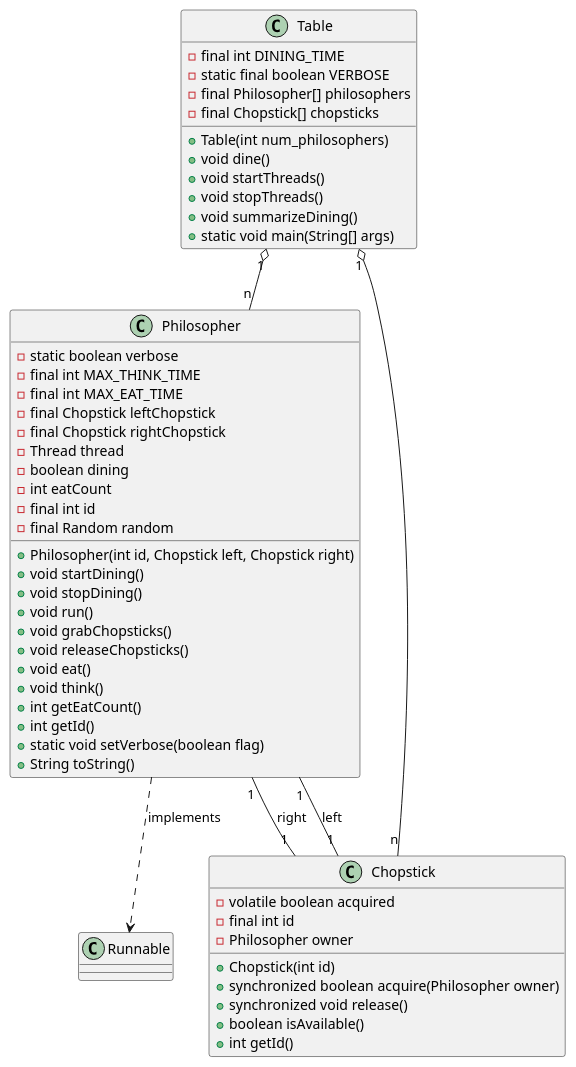
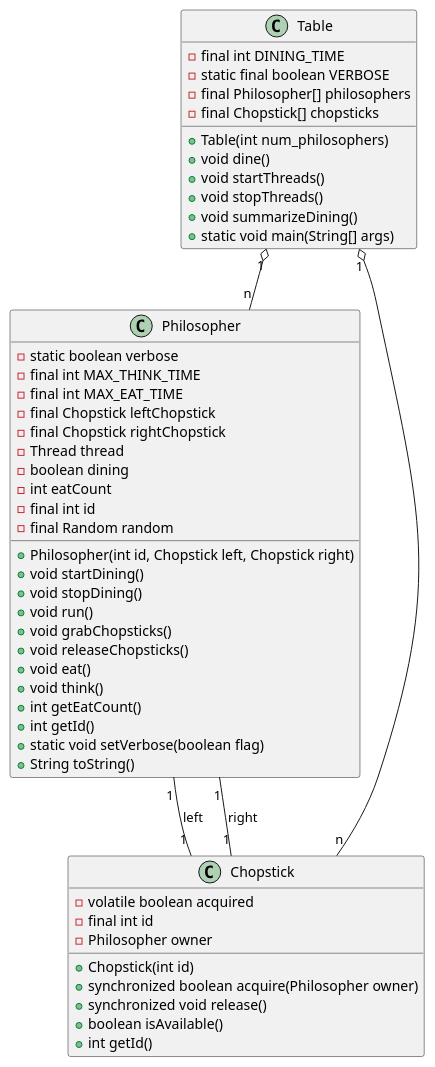
Before and after one commit to codegard4/DiningPhilosophers: the diagram in UML_Diagram.puml, drawn with PlantUML.

```diff
--- a/UML_Diagram.puml
+++ b/UML_Diagram.puml
@@ -1,57 +1,56 @@
 @startuml
 
 class Table {
     - final int DINING_TIME
     - static final boolean VERBOSE
     - final Philosopher[] philosophers
     - final Chopstick[] chopsticks
     + Table(int num_philosophers)
     + void dine()
     + void startThreads()
     + void stopThreads()
     + void summarizeDining()
     + static void main(String[] args)
 }
 
 class Philosopher {
     - static boolean verbose
     - final int MAX_THINK_TIME
     - final int MAX_EAT_TIME
     - final Chopstick leftChopstick
     - final Chopstick rightChopstick
     - Thread thread
     - boolean dining
     - int eatCount
     - final int id
     - final Random random
     + Philosopher(int id, Chopstick left, Chopstick right)
     + void startDining()
     + void stopDining()
     + void run()
     + void grabChopsticks()
     + void releaseChopsticks()
     + void eat()
     + void think()
     + int getEatCount()
     + int getId()
     + static void setVerbose(boolean flag)
     + String toString()
 }
 
 class Chopstick {
     - volatile boolean acquired
     - final int id
     - Philosopher owner
     + Chopstick(int id)
     + synchronized boolean acquire(Philosopher owner)
     + synchronized void release()
     + boolean isAvailable()
     + int getId()
 }
 
 Table "1" o-- "n" Philosopher
 Table "1" o-- "n" Chopstick
 Philosopher "1" -- "1" Chopstick : left
 Philosopher "1" -- "1" Chopstick : right
-Philosopher ..> Runnable : implements
 @enduml
```
